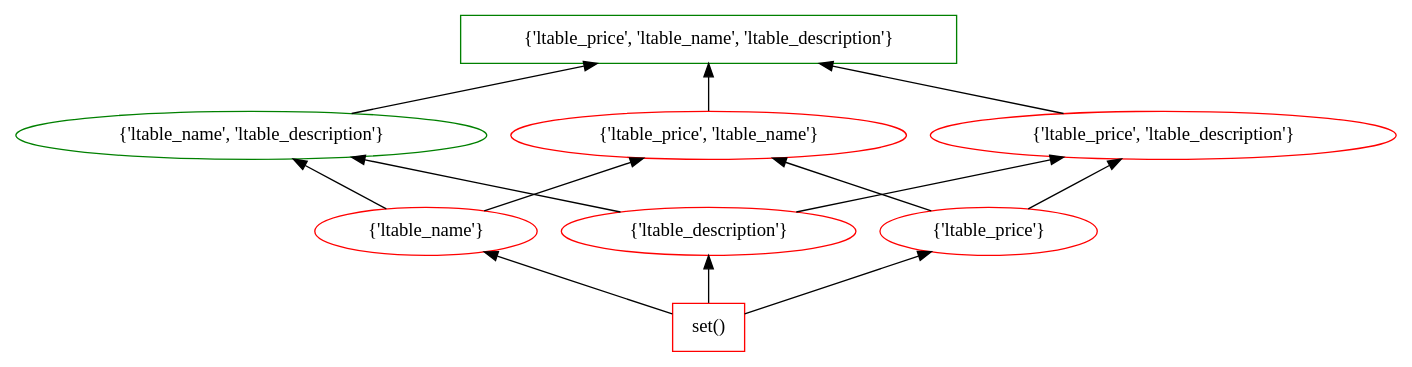
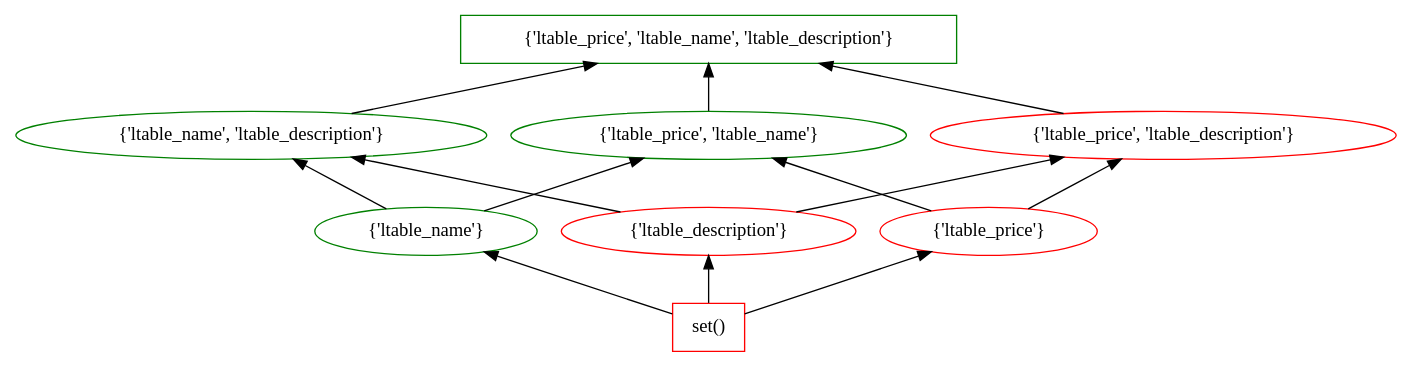
One commit to tteofili/certem changed the diagram in data/abt_buy/ditto/5/lattice_0.dot. Above: the diagram before and after it, drawn with Graphviz. The commit also changed 125 other files, not shown here.

```diff
--- a/data/abt_buy/ditto/5/lattice_0.dot
+++ b/data/abt_buy/ditto/5/lattice_0.dot
@@ -1,26 +1,26 @@
 digraph G {
 splines="line"
 rankdir=BT
 "{'ltable_price', 'ltable_name', 'ltable_description'}" [shape=box];
 "set()" [shape=box];
 "set()" [color=red];
 "set()" -> "{'ltable_name'}";
 "set()" -> "{'ltable_description'}";
 "set()" -> "{'ltable_price'}";
-"{'ltable_name'}" [color=red];
+"{'ltable_name'}" [color=green];
 "{'ltable_name'}" -> "{'ltable_name', 'ltable_description'}";
 "{'ltable_name'}" -> "{'ltable_price', 'ltable_name'}";
 "{'ltable_description'}" [color=red];
 "{'ltable_description'}" -> "{'ltable_name', 'ltable_description'}";
 "{'ltable_description'}" -> "{'ltable_price', 'ltable_description'}";
 "{'ltable_price'}" [color=red];
 "{'ltable_price'}" -> "{'ltable_price', 'ltable_name'}";
 "{'ltable_price'}" -> "{'ltable_price', 'ltable_description'}";
 "{'ltable_name', 'ltable_description'}" [color=green];
 "{'ltable_name', 'ltable_description'}" -> "{'ltable_price', 'ltable_name', 'ltable_description'}";
-"{'ltable_price', 'ltable_name'}" [color=red];
+"{'ltable_price', 'ltable_name'}" [color=green];
 "{'ltable_price', 'ltable_name'}" -> "{'ltable_price', 'ltable_name', 'ltable_description'}";
 "{'ltable_price', 'ltable_description'}" [color=red];
 "{'ltable_price', 'ltable_description'}" -> "{'ltable_price', 'ltable_name', 'ltable_description'}";
 "{'ltable_price', 'ltable_name', 'ltable_description'}" [color=green];
 }
```
